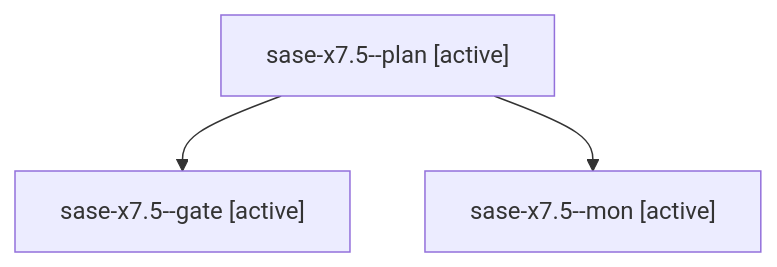
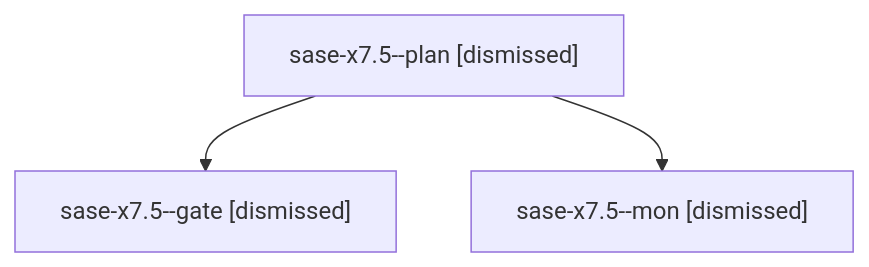
Before and after one commit to sase-org/sase--agents: the diagram in sessions/bbugyi200.athena.sase-x7.5.md, drawn with Mermaid. The commit also changed other lines of this file and 397 other files, not shown here.

````diff
--- a/sessions/bbugyi200.athena.sase-x7.5.md
+++ b/sessions/bbugyi200.athena.sase-x7.5.md
@@ -9,8 +9,8 @@
 ```mermaid
 flowchart TD
-  n0["sase-x7.5--plan [active]"]
-  n1["sase-x7.5--gate [active]"]
+  n0["sase-x7.5--plan [dismissed]"]
+  n1["sase-x7.5--gate [dismissed]"]
   n0 --> n1
-  n2["sase-x7.5--mon [active]"]
+  n2["sase-x7.5--mon [dismissed]"]
   n0 --> n2
 ```
````
